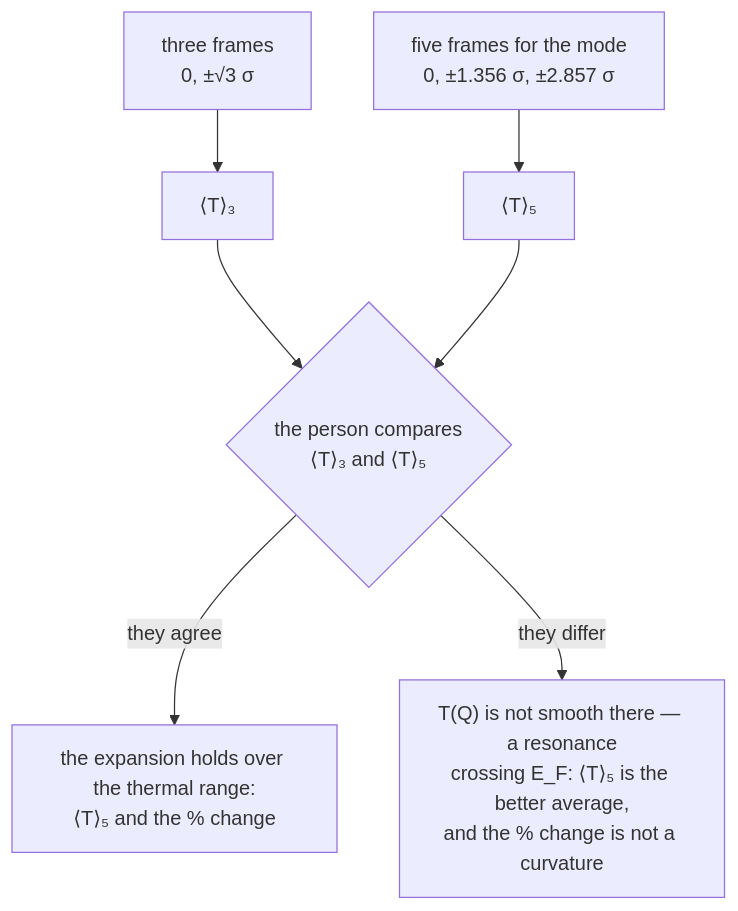
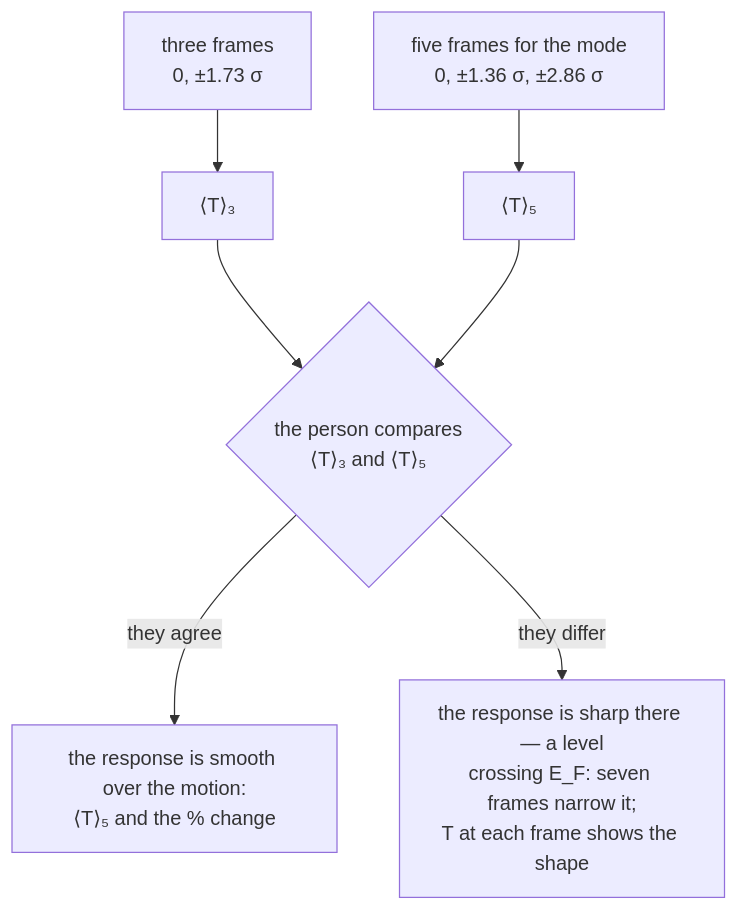
The seventh of 8 diagrams in docs/science/vibrational-averaging.md (Qing-LAB/molbuilder), drawn with Mermaid before and after one commit. The commit also changed other lines of this file and 30 other files, not shown here.

````diff
--- a/docs/science/vibrational-averaging.md
+++ b/docs/science/vibrational-averaging.md
@@ -502,9 +840,9 @@
 ```mermaid
 flowchart TD
-    A["three frames<br/>0, ±√3 σ"] --> B["⟨T⟩₃"]
-    C["five frames for the mode<br/>0, ±1.356 σ, ±2.857 σ"] --> D["⟨T⟩₅"]
+    A["three frames<br/>0, ±1.73 σ"] --> B["⟨T⟩₃"]
+    C["five frames for the mode<br/>0, ±1.36 σ, ±2.86 σ"] --> D["⟨T⟩₅"]
     B --> E{"the person compares<br/>⟨T⟩₃ and ⟨T⟩₅"}
     D --> E
-    E -->|they agree| F["the expansion holds over the thermal range:<br/>⟨T⟩₅ and the % change"]
-    E -->|they differ| G["T(Q) is not smooth there — a resonance<br/>crossing E_F: ⟨T⟩₅ is the better average,<br/>and the % change is not a curvature"]
+    E -->|they agree| F["the response is smooth over the motion:<br/>⟨T⟩₅ and the % change"]
+    E -->|they differ| G["the response is sharp there — a level<br/>crossing E_F: seven frames narrow it;<br/>T at each frame shows the shape"]
 ```
````
